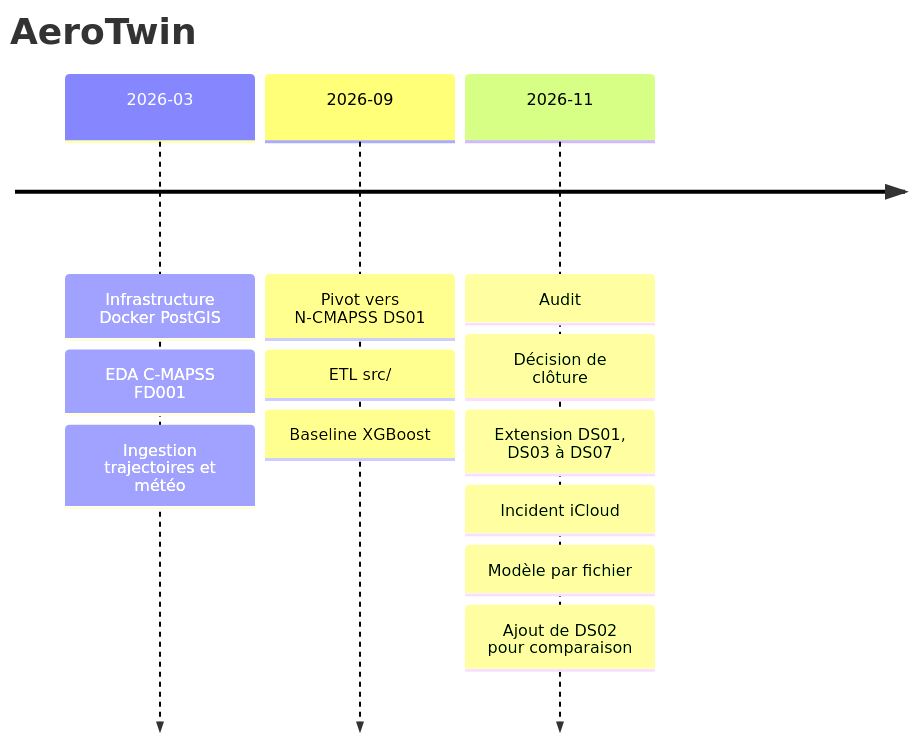
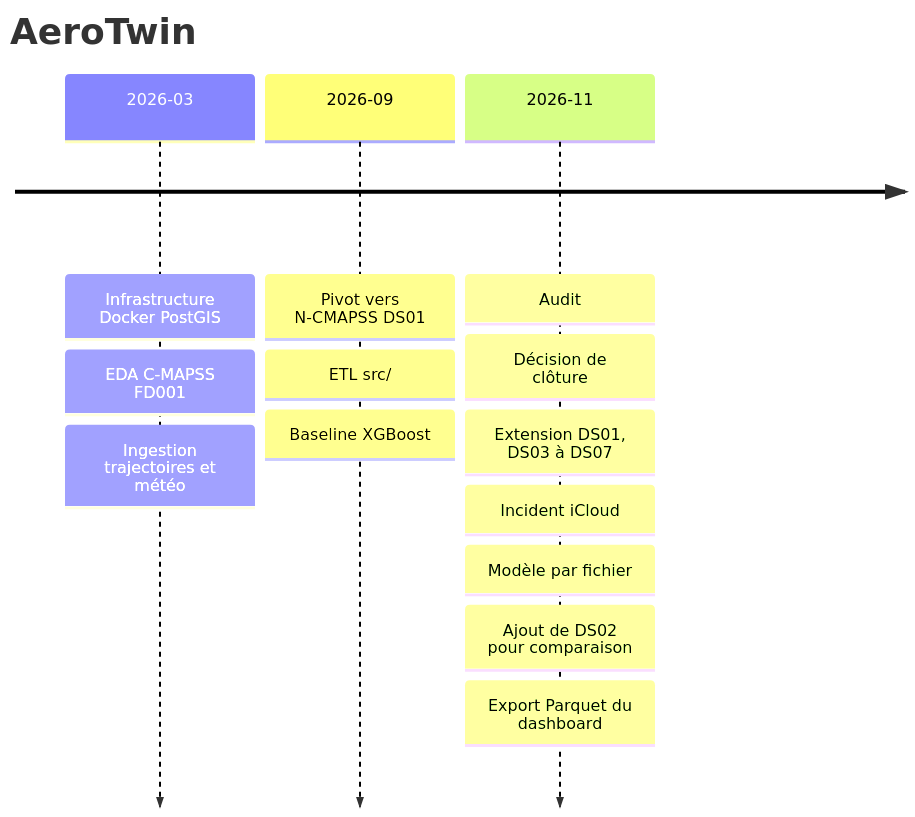
One commit to Willthethreat8/aerotwin changed the diagram in docs/CHRONOLOGIE.md. Above: the diagram before and after it, drawn with Mermaid. The commit also changed other lines of this file and 7 other files, not shown here.

Commit message:
Ajoute l'export Parquet du dashboard

````diff
--- a/docs/CHRONOLOGIE.md
+++ b/docs/CHRONOLOGIE.md
@@ -3,7 +3,7 @@
 ```mermaid
 timeline
     title AeroTwin
     2026-03 : Infrastructure Docker PostGIS : EDA C-MAPSS FD001 : Ingestion trajectoires et météo
     2026-09 : Pivot vers N-CMAPSS DS01 : ETL src/ : Baseline XGBoost
-    2026-11 : Audit : Décision de clôture : Extension DS01, DS03 à DS07 : Incident iCloud : Modèle par fichier : Ajout de DS02 pour comparaison
+    2026-11 : Audit : Décision de clôture : Extension DS01, DS03 à DS07 : Incident iCloud : Modèle par fichier : Ajout de DS02 pour comparaison : Export Parquet du dashboard
 ```
````
